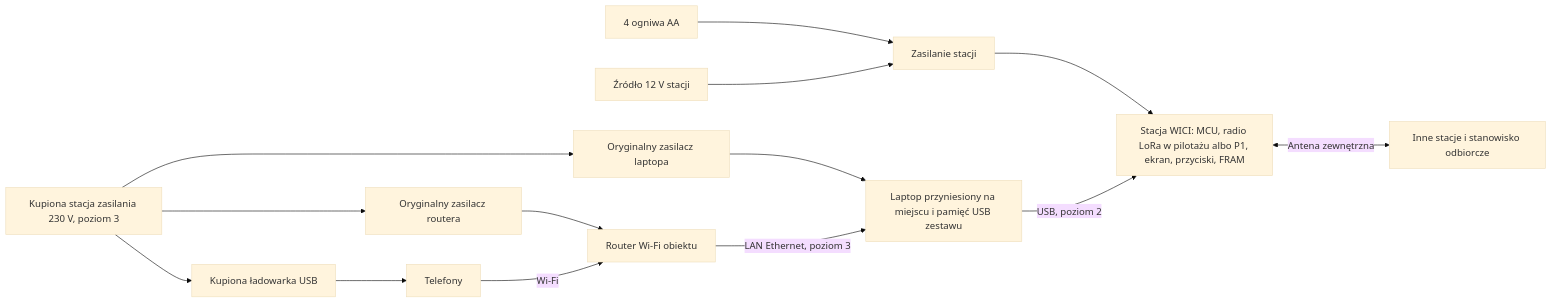
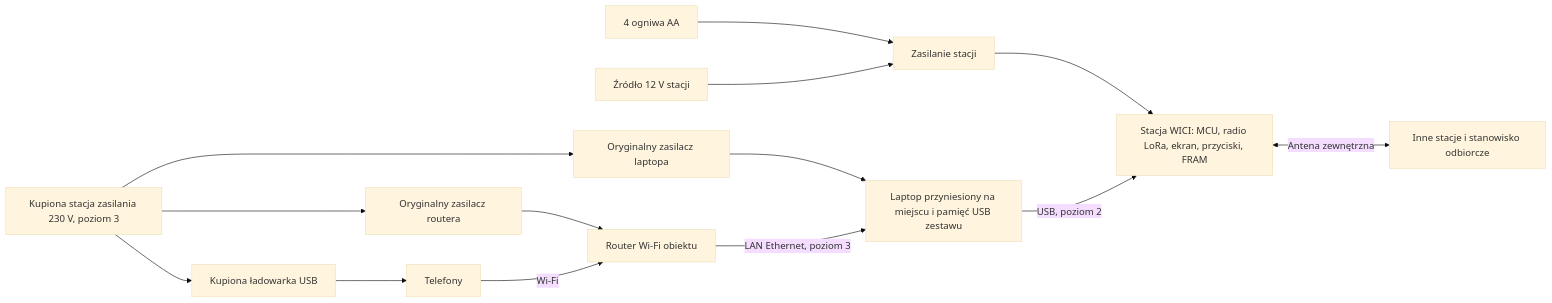
The diagram in docs/spec/projekt.md (tmierzwa/WICI), drawn with Mermaid (base theme) before and after one commit. The commit also changed other lines of this file and 23 other files, not shown here.

````diff
--- a/docs/spec/projekt.md
+++ b/docs/spec/projekt.md
@@ -28,16 +26,16 @@
 ```mermaid
 flowchart LR
   AA[4 ogniwa AA] --> SP[Zasilanie stacji]
   S12[Źródło 12 V stacji] --> SP
-  SP --> ST[Stacja WICI: MCU, radio LoRa w pilotażu albo P1, ekran, przyciski, FRAM]
+  SP --> ST[Stacja WICI: MCU, radio LoRa, ekran, przyciski, FRAM]
   ST <-->|Antena zewnętrzna| S[Inne stacje i stanowisko odbiorcze]
   L[Laptop przyniesiony na miejscu i pamięć USB zestawu] -->|USB, poziom 2| ST
   PS[Kupiona stacja zasilania 230 V, poziom 3] --> P[Oryginalny zasilacz laptopa]
   PS --> R[Oryginalny zasilacz routera]
   PS --> U[Kupiona ładowarka USB]
   P --> L
   R --> W[Router Wi-Fi obiektu]
   W -->|LAN Ethernet, poziom 3| L
   U --> F[Telefony]
   F -->|Wi-Fi| W
 ```
````
